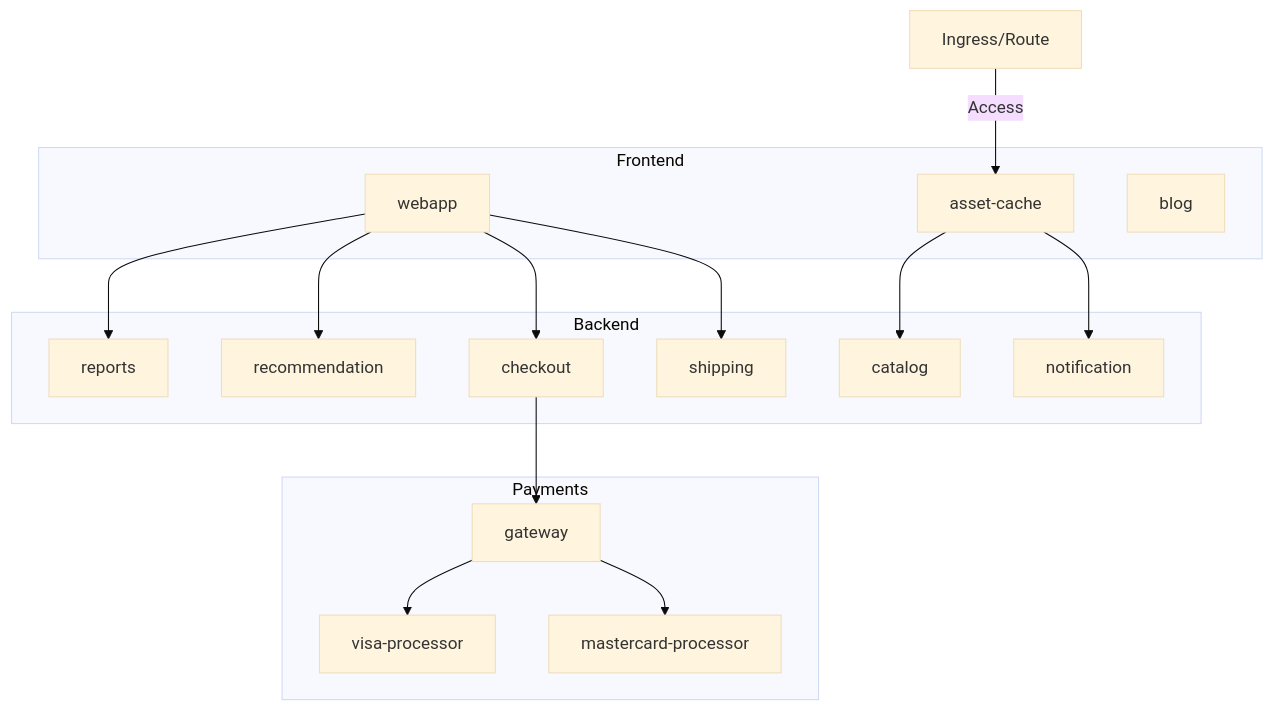
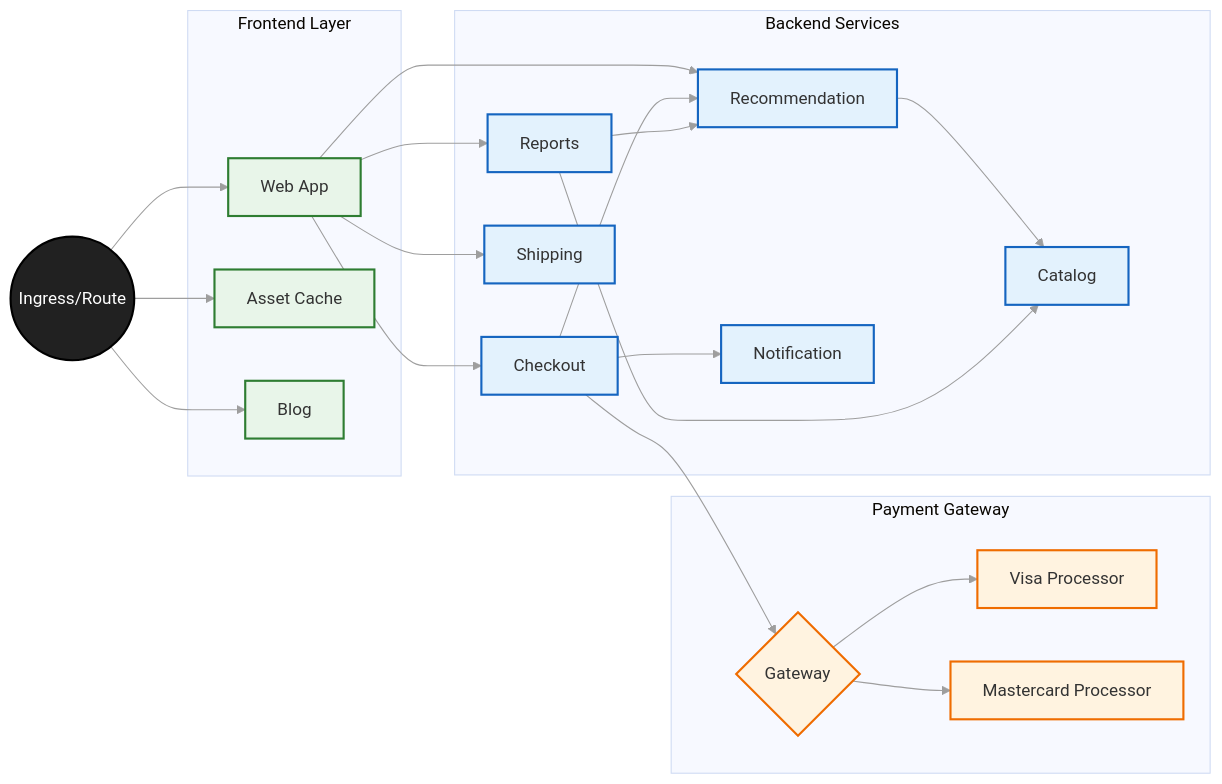
Before and after one commit to ralvares/security-demos: the first of 2 diagrams in README.md, drawn with Mermaid (base theme).

Commit message:
refactor: Update demo diagram for improved clarity and structure

````diff
--- a/README.md
+++ b/README.md
@@ -23,32 +23,47 @@
 ```mermaid
-flowchart TD
-	Ingress["Ingress/Route"]
-	subgraph Frontend
-		webapp["webapp"]
-		assetcache["asset-cache"]
-		blog["blog"]
-	end
-	subgraph Backend
-		reports["reports"]
-		recommendation["recommendation"]
-		checkout["checkout"]
-		shipping["shipping"]
-		catalog["catalog"]
-		notification["notification"]
-	end
-	subgraph Payments
-		gateway["gateway"]
-		visaprocessor["visa-processor"]
-		mastercard["mastercard-processor"]
-	end
-	Ingress-->|Access|assetcache
-	webapp-->reports
-	webapp-->checkout
-	webapp-->shipping
-	webapp-->recommendation
-	assetcache-->catalog
-	assetcache-->notification
-	checkout-->gateway
-	gateway-->visaprocessor
-	gateway-->mastercard
+flowchart LR
+    %% Define Styles
+    classDef frontend fill:#e8f5e9,stroke:#2e7d32,stroke-width:2px;
+    classDef backend fill:#e3f2fd,stroke:#1565c0,stroke-width:2px;
+    classDef payment fill:#fff3e0,stroke:#ef6c00,stroke-width:2px;
+    classDef ingress fill:#212121,stroke:#000,stroke-width:2px,color:#fff;
+
+    %% Nodes
+    Ingress((Ingress/Route)):::ingress
+
+    subgraph FE [Frontend Layer]
+        webapp[Web App]:::frontend
+        assetcache[Asset Cache]:::frontend
+        blog[Blog]:::frontend
+    end
+
+    subgraph BE [Backend Services]
+        reports[Reports]:::backend
+        recommendation[Recommendation]:::backend
+        checkout[Checkout]:::backend
+        shipping[Shipping]:::backend
+        catalog[Catalog]:::backend
+        notification[Notification]:::backend
+    end
+
+    subgraph PAY [Payment Gateway]
+        gateway{Gateway}:::payment
+        visaprocessor[Visa Processor]:::payment
+        mastercard[Mastercard Processor]:::payment
+    end
+
+    %% Connections
+    Ingress --> webapp & assetcache & blog
+    
+    webapp --> reports & checkout & shipping & recommendation
+    
+    checkout --> notification & recommendation & gateway
+    
+    recommendation --> catalog
+    reports --> recommendation & catalog
+    
+    gateway --> visaprocessor & mastercard
+    
+    %% Link Styling (Optional: makes lines lighter)
+    linkStyle default stroke:#9e9e9e,stroke-width:1px;
 ```
````
